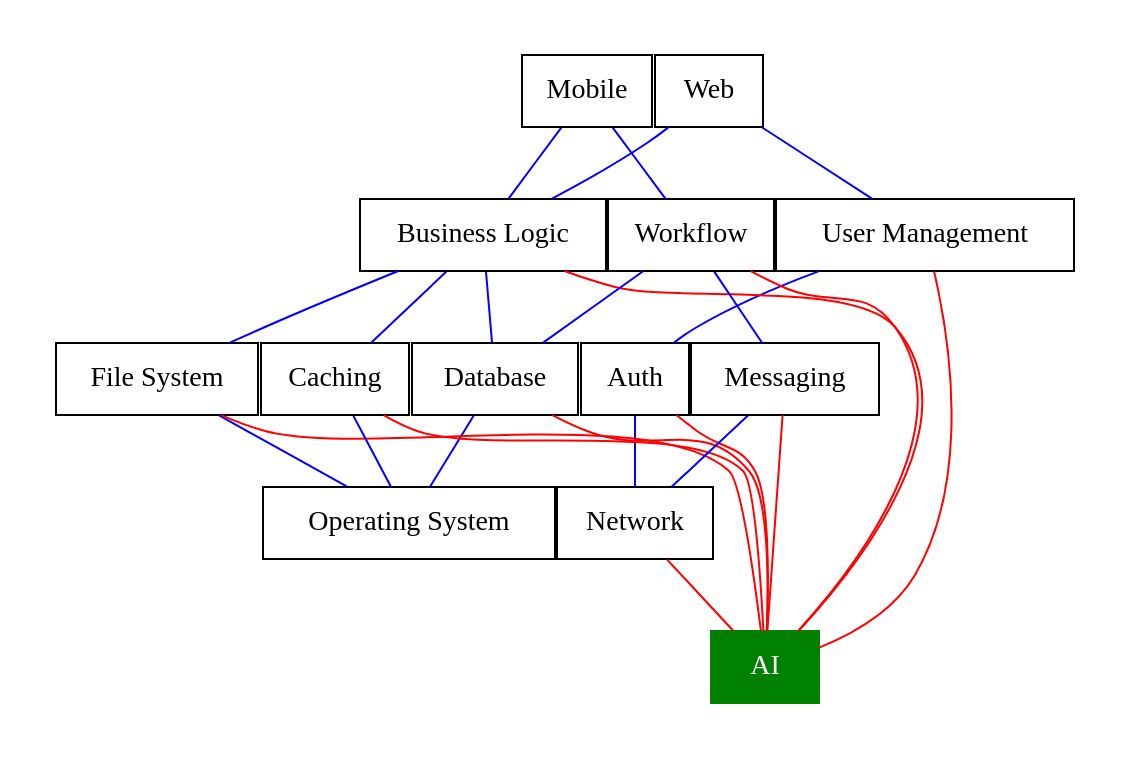
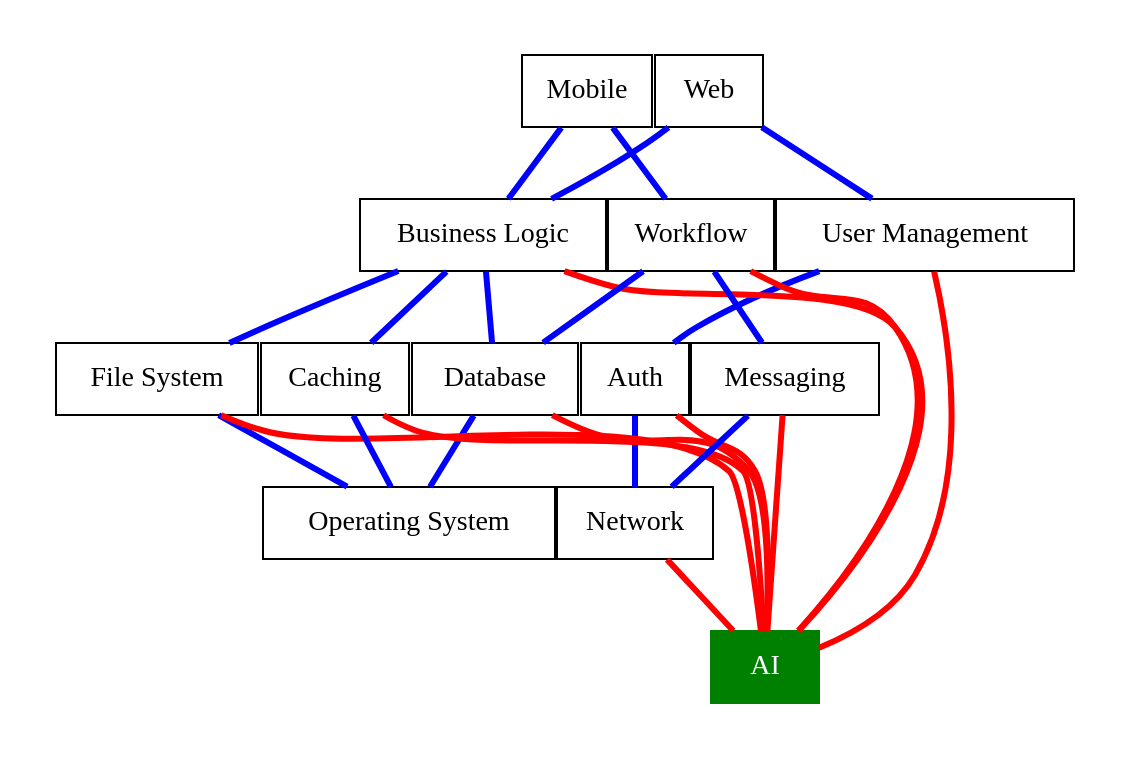
Before and after one commit to curtcox/slides: the diagram in dot/ai_block_3.dot, drawn with Graphviz. The commit also changed 9 other files, not shown here.

```diff
--- a/dot/ai_block_3.dot
+++ b/dot/ai_block_3.dot
@@ -1,55 +1,55 @@
 digraph G {
     
 rankdir=TB
 nodesep=0.0
 
 node [shape=box]
-edge [dir=none color=blue]
+edge [dir=none color=blue penwidth=3]
 style=invis
 
 
 subgraph cluster_0 {
  OS [label="Operating System"]
  Net [label="Network"]
 }
 
 subgraph cluster_1 {
  Auth
  DB [label="Database"]
  FS [label="File System"]
  Cache [label="Caching"]
  Msg [label="Messaging"]
 }
 
 subgraph cluster_2 {
  AI [color=green style=filled fontcolor=white]
 }
 
 subgraph cluster_3 {
  UM [label="User Management"]
  BL [label="Business Logic"]
  WF [label="Workflow"]
 }
 
 subgraph cluster_4 {
  Web
  Mobile
 }
 
 Web -> UM
 Web -> BL
 Mobile -> BL
 Mobile -> WF
 
 UM -> Auth
 BL -> {DB FS}
 BL -> Cache
 WF -> DB
 WF -> Msg -> Net
 Auth -> Net
 {Cache DB FS} -> OS
 
 edge [color=red]
 {Auth DB Net BL Cache WF Msg FS UM} -> AI
 
 }
```
